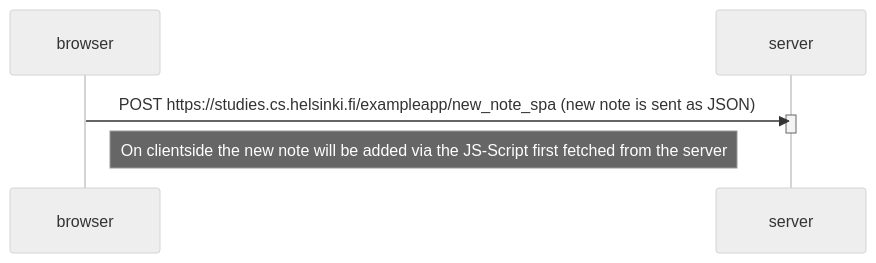
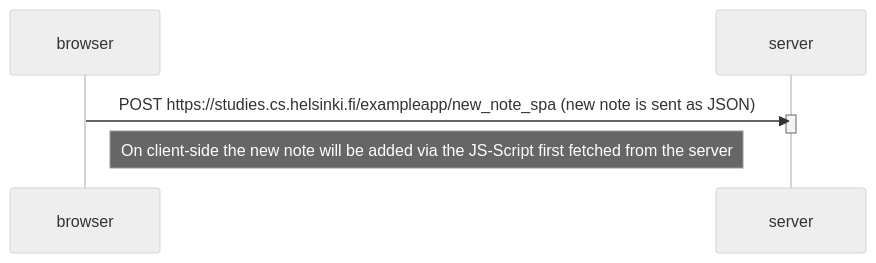
One commit to manurik95/part0 changed the diagram in Exercise0_6.md. Above: the diagram before and after it, drawn with Mermaid (neutral theme).

````diff
--- a/Exercise0_6.md
+++ b/Exercise0_6.md
@@ -4,15 +4,15 @@
 ```mermaid
 sequenceDiagram
     participant browser
     participant server
 
     browser->>server: POST https://studies.cs.helsinki.fi/exampleapp/new_note_spa (new note is sent as JSON)
     activate server
     
     
     deactivate server
 
     
 
-    Note right of browser: On clientside the new note will be added via the JS-Script first fetched from the server
+    Note right of browser: On client-side the new note will be added via the JS-Script first fetched from the server
 ```
````
